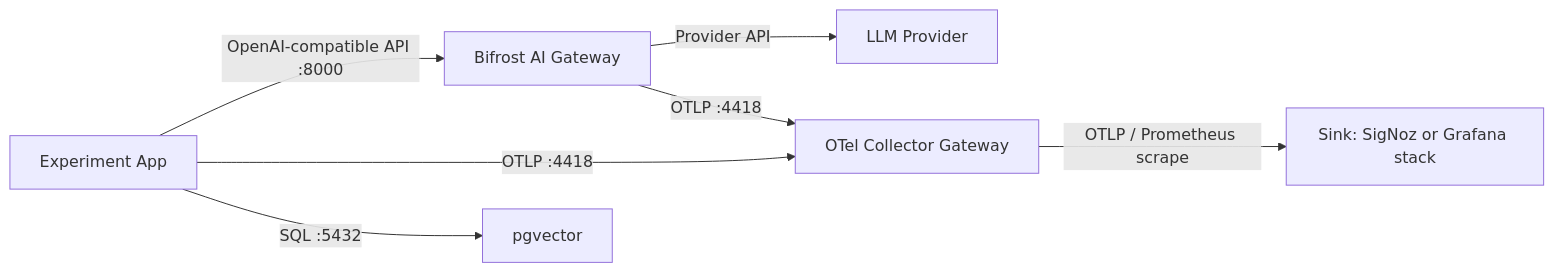
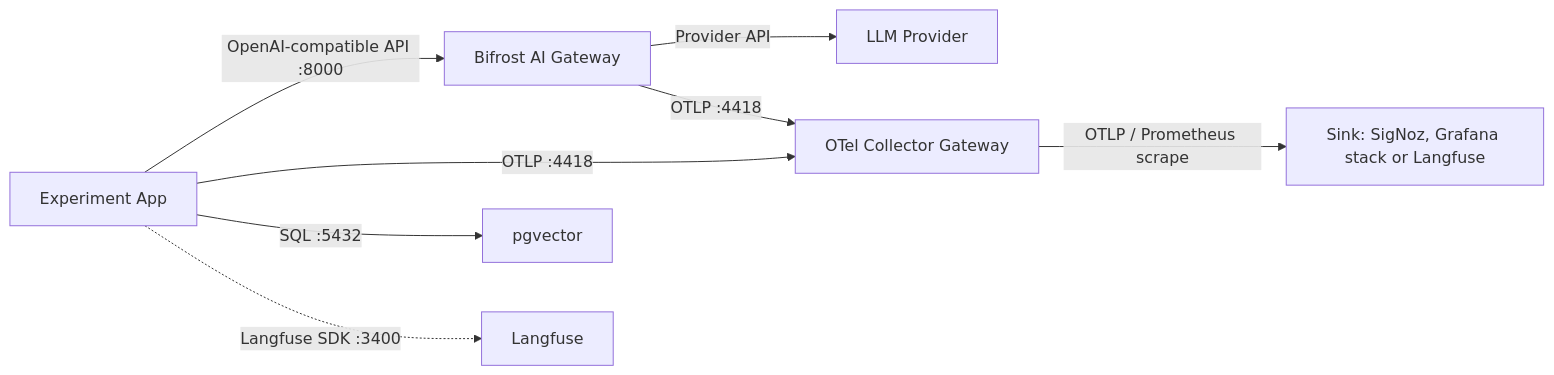
The diagram in infra/README.md (one2nc/ai_observability), drawn with Mermaid before and after one commit. The commit also changed other lines of this file and 42 other files, not shown here.

````diff
--- a/infra/README.md
+++ b/infra/README.md
@@ -7,9 +7,10 @@
 ```mermaid
 graph LR
     App[Experiment App] -->|OpenAI-compatible API :8000| Bifrost[Bifrost AI Gateway]
     Bifrost -->|Provider API| Provider[LLM Provider]
     App -->|OTLP :4418| Gateway[OTel Collector Gateway]
     Bifrost -->|OTLP :4418| Gateway
-    Gateway -->|OTLP / Prometheus scrape| Sink[Sink: SigNoz or Grafana stack]
+    Gateway -->|OTLP / Prometheus scrape| Sink[Sink: SigNoz, Grafana stack or Langfuse]
     App -->|SQL :5432| PG[pgvector]
+    App -.->|Langfuse SDK :3400| LF[Langfuse]
 ```
````
